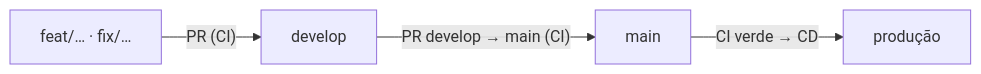
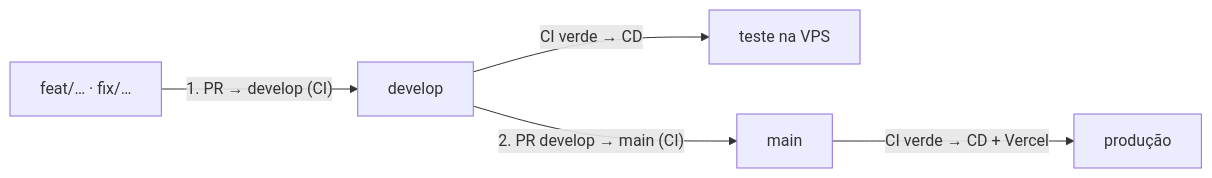
One commit to GabrielGGC18/MidiaComercial changed the first of 2 diagrams in docs/14-DEPLOY-E-OPERACAO.md. Above: the diagram before and after it, drawn with Mermaid. The commit also changed other lines of this file and 3 other files, not shown here.

First line of the commit message:
ci: tudo passa pela develop e é tratado antes da main

````diff
--- a/docs/14-DEPLOY-E-OPERACAO.md
+++ b/docs/14-DEPLOY-E-OPERACAO.md
@@ -15,6 +18,7 @@
 ```mermaid
 flowchart LR
-    F["feat/… · fix/…"] -->|"PR (CI)"| D["develop"]
-    D -->|"PR develop → main (CI)"| M["main"]
-    M -->|"CI verde → CD"| P["produção"]
+    F["feat/… · fix/…"] -->|"1. PR → develop (CI)"| D["develop"]
+    D -->|"CI verde → CD"| T["teste na VPS"]
+    D -->|"2. PR develop → main (CI)"| M["main"]
+    M -->|"CI verde → CD + Vercel"| P["produção"]
 ```
````
